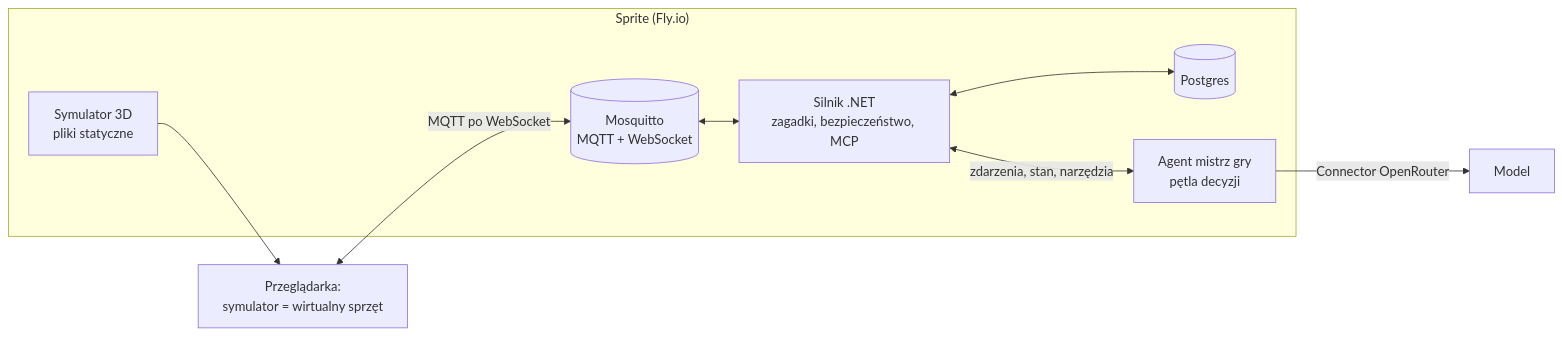
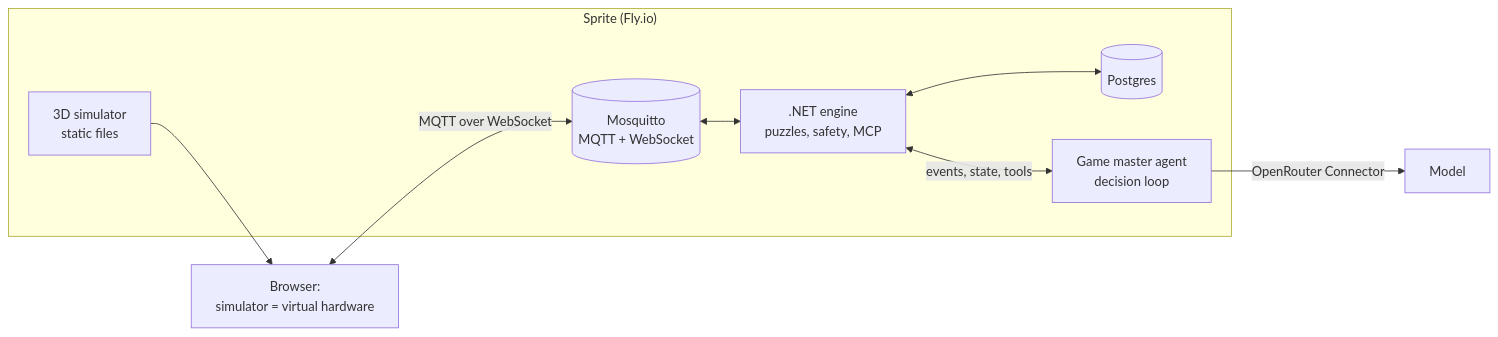
Before and after one commit to meron1122/EscapeRoomFramework: the diagram in docs/hacksgiving-plan.md, drawn with Mermaid. The commit also changed other lines of this file and 81 other files, not shown here.

````diff
--- a/docs/hacksgiving-plan.md
+++ b/docs/hacksgiving-plan.md
@@ -22,16 +22,16 @@
 ```mermaid
 flowchart LR
   subgraph sprite["Sprite (Fly.io)"]
     mq[(Mosquitto<br>MQTT + WebSocket)]
     pg[(Postgres)]
-    engine[Silnik .NET<br>zagadki, bezpieczeństwo, MCP]
-    gm[Agent mistrz gry<br>pętla decyzji]
-    web[Symulator 3D<br>pliki statyczne]
+    engine[.NET engine<br>puzzles, safety, MCP]
+    gm[Game master agent<br>decision loop]
+    web[3D simulator<br>static files]
   end
-  sim[Przeglądarka:<br>symulator = wirtualny sprzęt] <-- MQTT po WebSocket --> mq
+  sim[Browser:<br>simulator = virtual hardware] <-- MQTT over WebSocket --> mq
   mq <--> engine
   engine <--> pg
-  engine <-- zdarzenia, stan, narzędzia --> gm
-  gm -- Connector OpenRouter --> llm[Model]
+  engine <-- events, state, tools --> gm
+  gm -- OpenRouter Connector --> llm[Model]
   web --> sim
 ```
````
